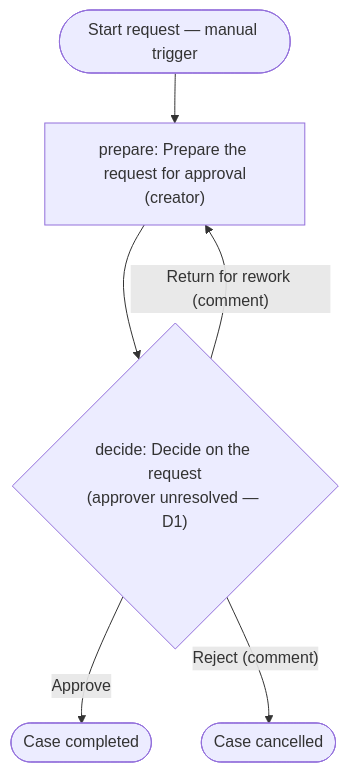
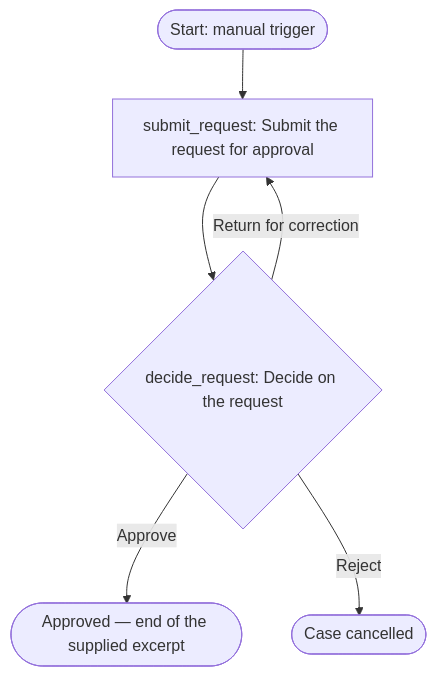
The diagram in tests/forward-evaluation/matrix/workflow-designer-conflicting/workflow-design.md (pixelinfinito/provia-plugin), drawn with Mermaid before and after one commit. The commit also changed other lines of this file and 470 other files, not shown here.

````diff
--- a/tests/forward-evaluation/matrix/workflow-designer-conflicting/workflow-design.md
+++ b/tests/forward-evaluation/matrix/workflow-designer-conflicting/workflow-design.md
@@ -58,8 +66,8 @@
 ```mermaid
 flowchart TD
-    start([Start request — manual trigger]) --> prepare["prepare: Prepare the request for approval<br/>(creator)"]
-    prepare --> decide{"decide: Decide on the request<br/>(approver unresolved — D1)"}
-    decide -- Approve --> approved([Case completed])
-    decide -- "Return for rework (comment)" --> prepare
-    decide -- "Reject (comment)" --> cancelled([Case cancelled])
+  start([Start: manual trigger]) --> A1[submit_request: Submit the request for approval]
+  A1 --> A2{decide_request: Decide on the request}
+  A2 -- Approve --> done([Approved — end of the supplied excerpt])
+  A2 -- Return for correction --> A1
+  A2 -- Reject --> cancelled([Case cancelled])
 ```
````
